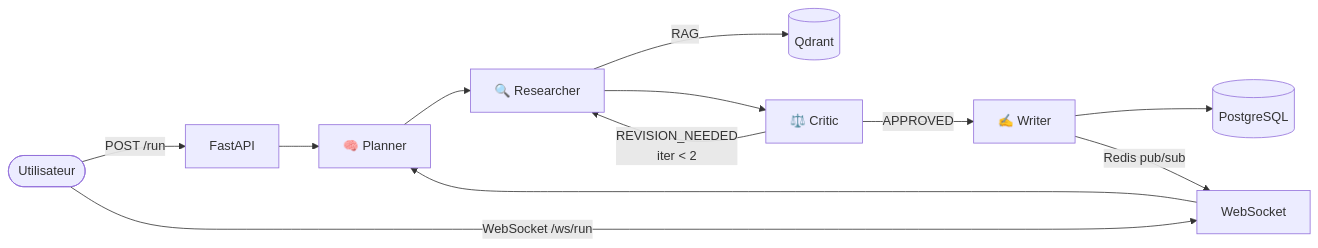
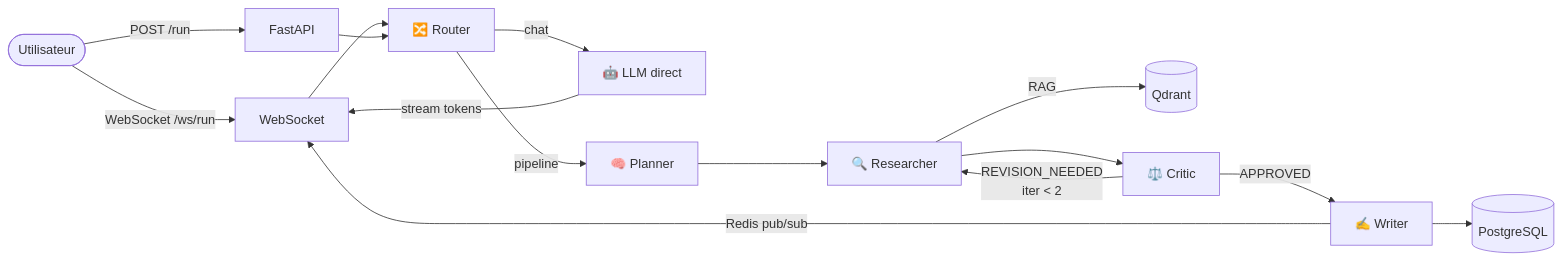
The diagram in README.md (SeydinaBANE/multi-agent-system), drawn with Mermaid before and after one commit. The commit also changed other lines of this file and 1 other file, not shown here.

````diff
--- a/README.md
+++ b/README.md
@@ -22,18 +24,22 @@
 ```mermaid
 graph LR
-    U([Utilisateur]) -->|POST /run| API[FastAPI]
-    U -->|WebSocket /ws/run| WS[WebSocket]
+    U([Utilisateur]) -->|WebSocket /ws/run| WS[WebSocket]
+    U -->|POST /run| API[FastAPI]
 
-    API --> PL[🧠 Planner]
-    WS --> PL
+    WS --> RT[🔀 Router]
+    API --> RT
+
+    RT -->|chat| LLM[🤖 LLM direct]
+    RT -->|pipeline| PL[🧠 Planner]
 
     PL --> RE[🔍 Researcher]
     RE -->|RAG| QD[(Qdrant)]
     RE --> CR[⚖️ Critic]
 
     CR -->|REVISION_NEEDED\niter < 2| RE
     CR -->|APPROVED| WR[✍️ Writer]
 
+    LLM -->|stream tokens| WS
     WR --> DB[(PostgreSQL)]
     WR -->|Redis pub/sub| WS
 ```
````
